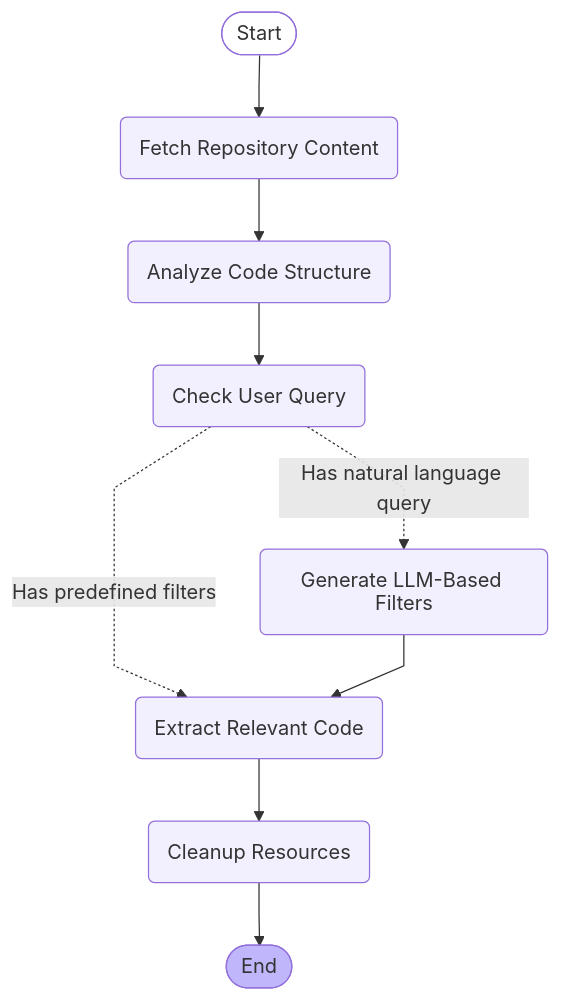
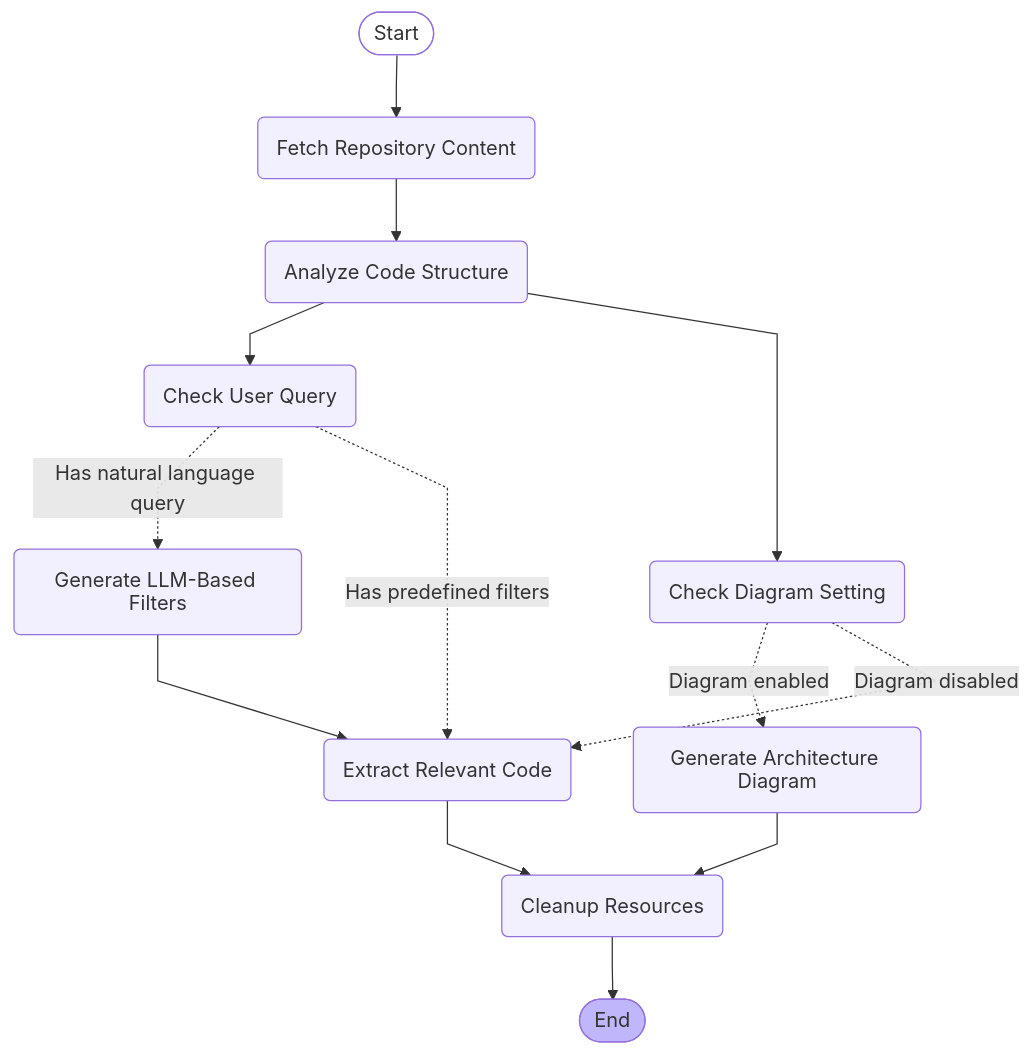
The diagram in README.md (i-richardwang/repo2prompt), drawn with Mermaid before and after one commit. The commit also changed other lines of this file, not shown here.

````diff
--- a/README.md
+++ b/README.md
@@ -27,25 +29,31 @@
 ```mermaid
 %%{init: {'flowchart': {'curve': 'linear'}}}%%
 graph TD;
     __start__([<p>Start</p>]):::first
     fetch_repo(Fetch Repository Content)
     analyze_structure(Analyze Code Structure)
     check_query(Check User Query)
+    check_diagram(Check Diagram Setting)
     generate_filters(Generate LLM-Based Filters)
     extract_content(Extract Relevant Code)
+    generate_diagram(Generate Architecture Diagram)
     cleanup(Cleanup Resources)
     __end__([<p>End</p>]):::last
 
     __start__ --> fetch_repo;
     fetch_repo --> analyze_structure;
     analyze_structure --> check_query;
+    analyze_structure --> check_diagram;
     check_query -. Has natural language query .-> generate_filters;
     check_query -. Has predefined filters .-> extract_content;
+    check_diagram -. Diagram enabled .-> generate_diagram;
+    check_diagram -. Diagram disabled .-> extract_content;
     generate_filters --> extract_content;
     extract_content --> cleanup;
+    generate_diagram --> cleanup;
     cleanup --> __end__;
 
     classDef default fill:#f2f0ff,line-height:1.2
     classDef first fill-opacity:0
     classDef last fill:#bfb6fc
 ```
````
